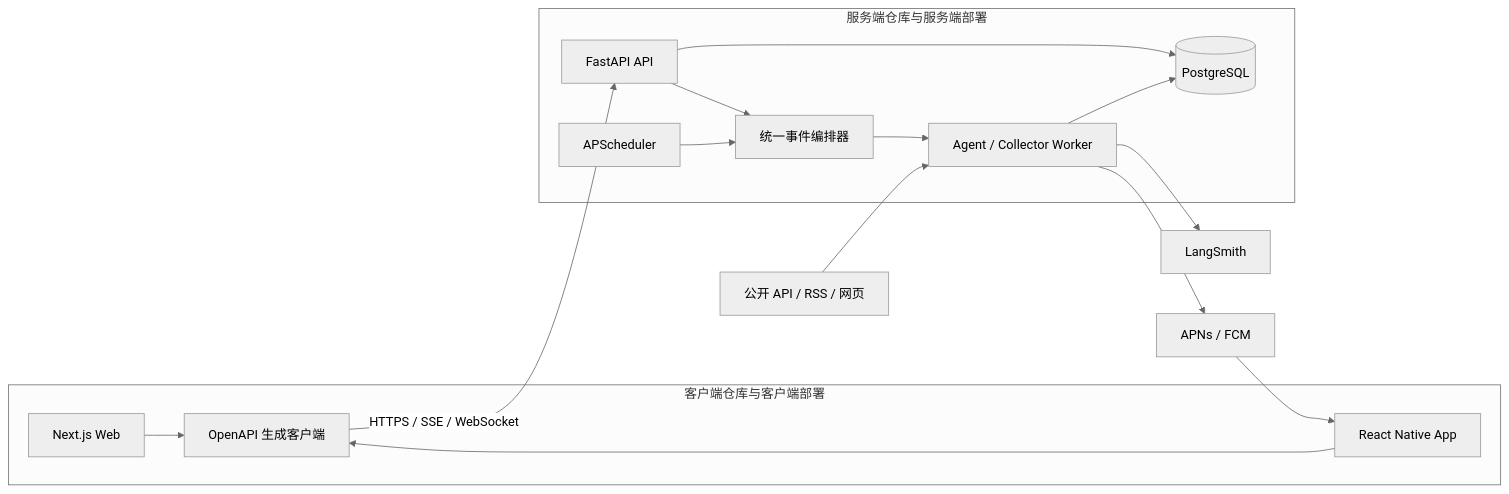
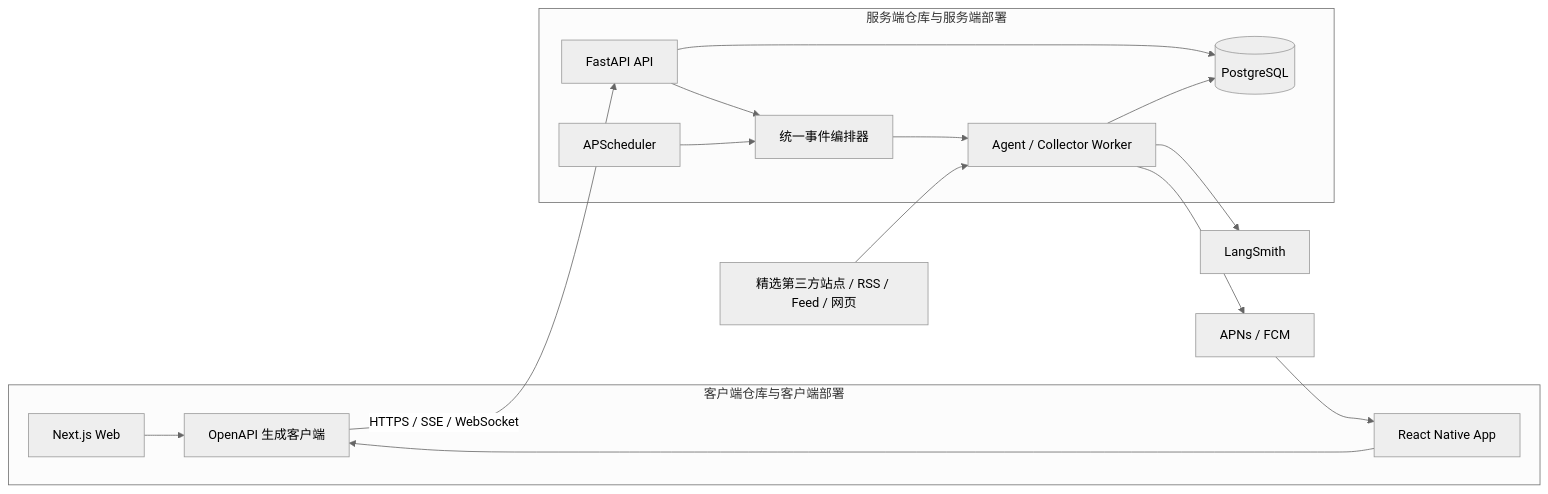
One commit to freezinlove/JourneyPlus changed the first of 4 diagrams in doc/technical-baseline-initial.md. Above: the diagram before and after it, drawn with Mermaid (neutral theme). The commit also changed other lines of this file and 1 other file, not shown here.

````diff
--- a/doc/technical-baseline-initial.md
+++ b/doc/technical-baseline-initial.md
@@ -81,33 +85,33 @@
 ```mermaid
 flowchart LR
     subgraph Clients["客户端仓库与客户端部署"]
         Web["Next.js Web"]
         Mobile["React Native App"]
         ClientSDK["OpenAPI 生成客户端"]
         Web --> ClientSDK
         Mobile --> ClientSDK
     end
 
     subgraph Server["服务端仓库与服务端部署"]
         API["FastAPI API"]
         Worker["Agent / Collector Worker"]
         Scheduler["APScheduler"]
         DB[("PostgreSQL")]
         Orchestrator["统一事件编排器"]
         API --> DB
         API --> Orchestrator
         Scheduler --> Orchestrator
         Orchestrator --> Worker
         Worker --> DB
     end
 
     Trace["LangSmith"]
-    Sources["公开 API / RSS / 网页"]
+    Sources["精选第三方站点 / RSS / Feed / 网页"]
     Push["APNs / FCM"]
 
     ClientSDK -->|"HTTPS / SSE / WebSocket"| API
     Sources --> Worker
     Worker --> Trace
     Worker --> Push
     Push --> Mobile
 ```
````
